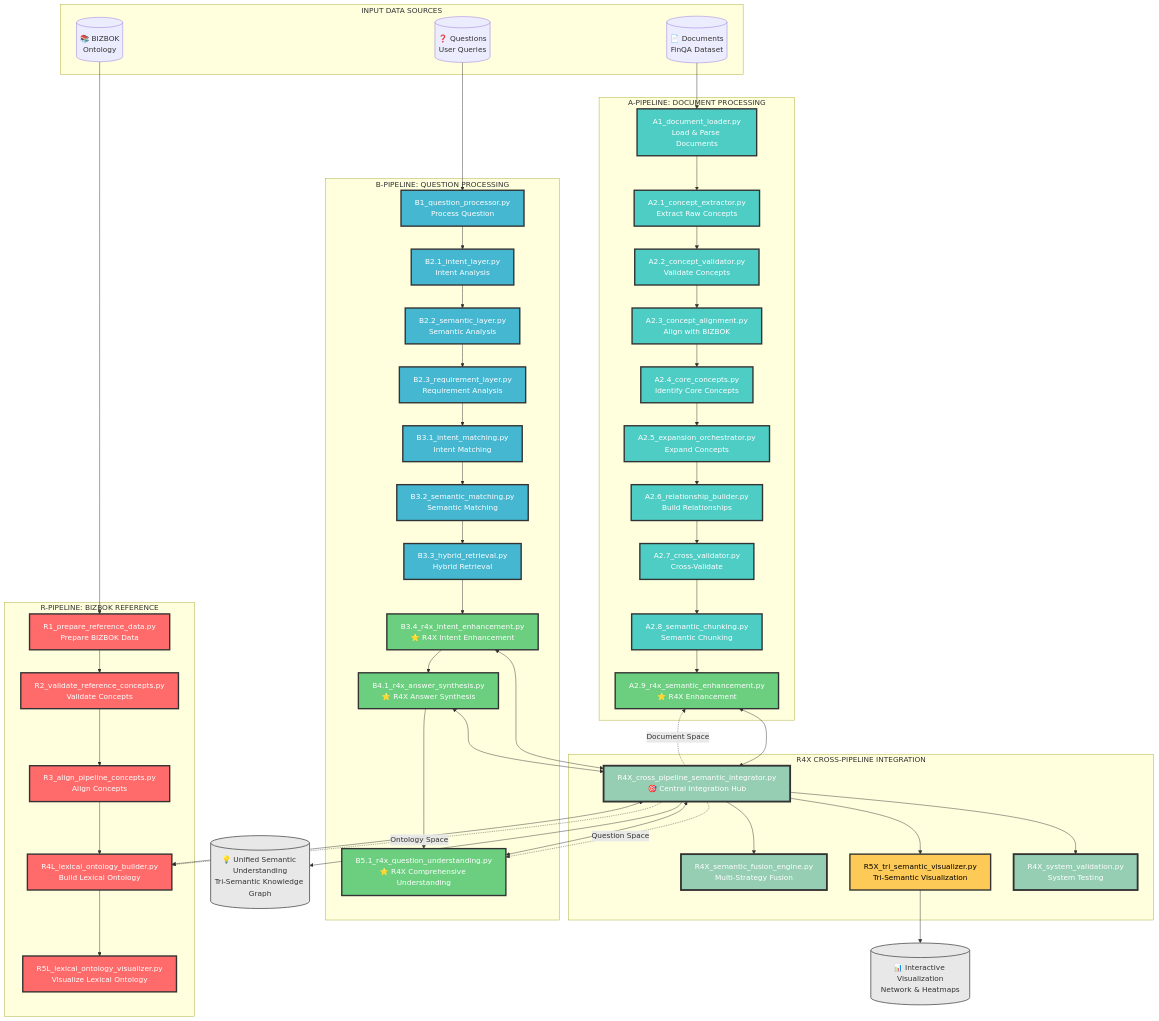
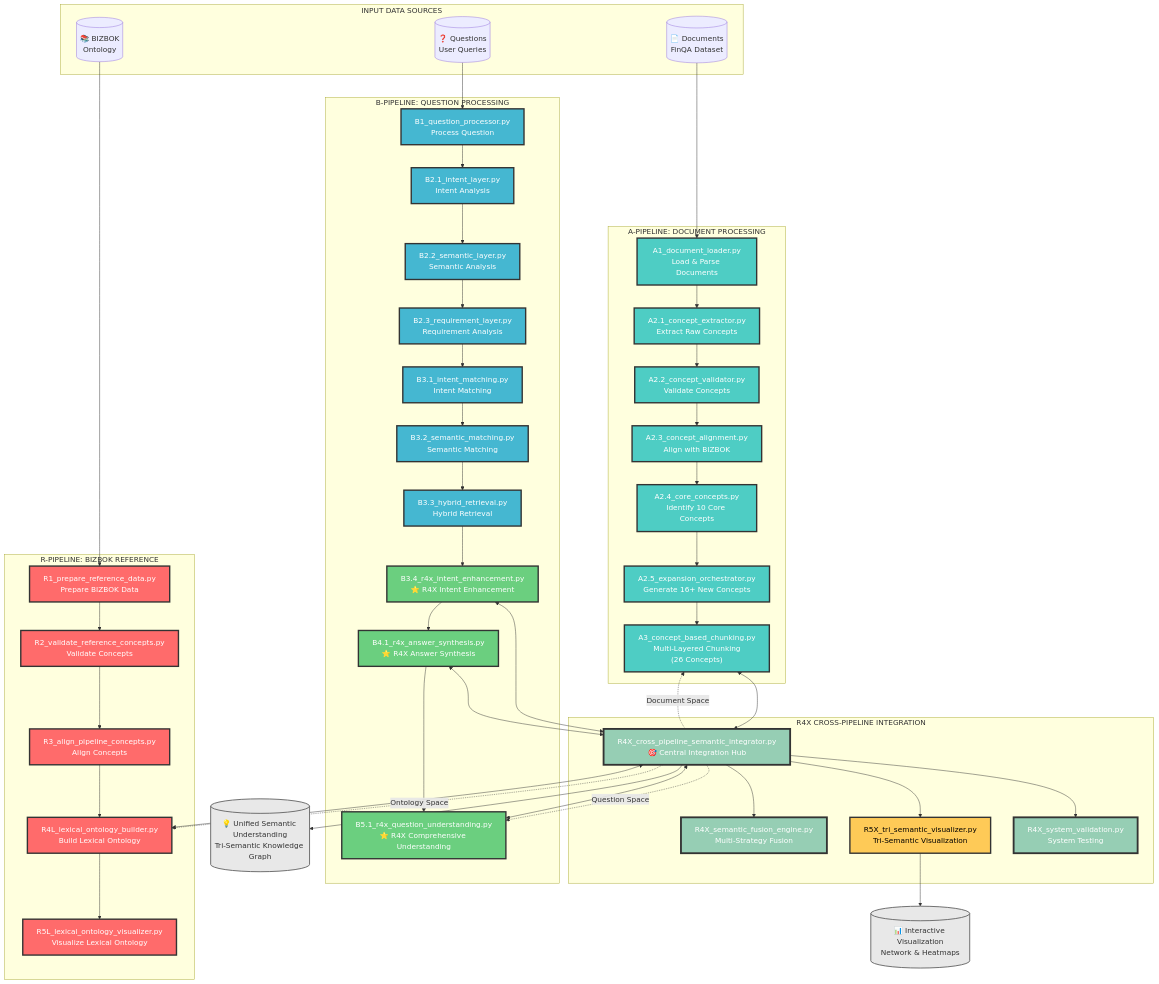
One commit to gunavivek/conceptual_space changed the diagram in SYSTEM_ARCHITECTURE_OVERVIEW.md. Above: the diagram before and after it, drawn with Mermaid. The commit also changed 12 other files, not shown here.

```diff
--- a/SYSTEM_ARCHITECTURE_OVERVIEW.md
+++ b/SYSTEM_ARCHITECTURE_OVERVIEW.md
@@ -26,14 +26,11 @@
         A21["A2.1_concept_extractor.py<br/>Extract Raw Concepts"]:::apipeline
         A22["A2.2_concept_validator.py<br/>Validate Concepts"]:::apipeline
         A23["A2.3_concept_alignment.py<br/>Align with BIZBOK"]:::apipeline
-        A24["A2.4_core_concepts.py<br/>Identify Core Concepts"]:::apipeline
-        A25["A2.5_expansion_orchestrator.py<br/>Expand Concepts"]:::apipeline
-        A26["A2.6_relationship_builder.py<br/>Build Relationships"]:::apipeline
-        A27["A2.7_cross_validator.py<br/>Cross-Validate"]:::apipeline
-        A28["A2.8_semantic_chunking.py<br/>Semantic Chunking"]:::apipeline
-        A29["A2.9_r4x_semantic_enhancement.py<br/>⭐ R4X Enhancement"]:::enhanced
+        A24["A2.4_core_concepts.py<br/>Identify 10 Core Concepts"]:::apipeline
+        A25["A2.5_expansion_orchestrator.py<br/>Generate 16+ New Concepts"]:::apipeline
+        A3["A3_concept_based_chunking.py<br/>Multi-Layered Chunking<br/>(26 Concepts)"]:::apipeline
         
-        A1 --> A21 --> A22 --> A23 --> A24 --> A25 --> A26 --> A27 --> A28 --> A29
+        A1 --> A21 --> A22 --> A23 --> A24 --> A25 --> A3
     end
 
     %% B-Pipeline: Question Processing
@@ -83,7 +80,7 @@
     ONTOLOGY --> R1
 
     %% R4X Integration Connections (Bidirectional)
-    A29 <--> R4X
+    A3 <--> R4X
     B34 <--> R4X
     B41 <--> R4X
     B51 <--> R4X
@@ -91,7 +88,7 @@
 
     %% Semantic Space Connections
     R4X -.->|"Ontology Space"| R4L
-    R4X -.->|"Document Space"| A29
+    R4X -.->|"Document Space"| A3
     R4X -.->|"Question Space"| B51
 
     %% Output Generation
```
